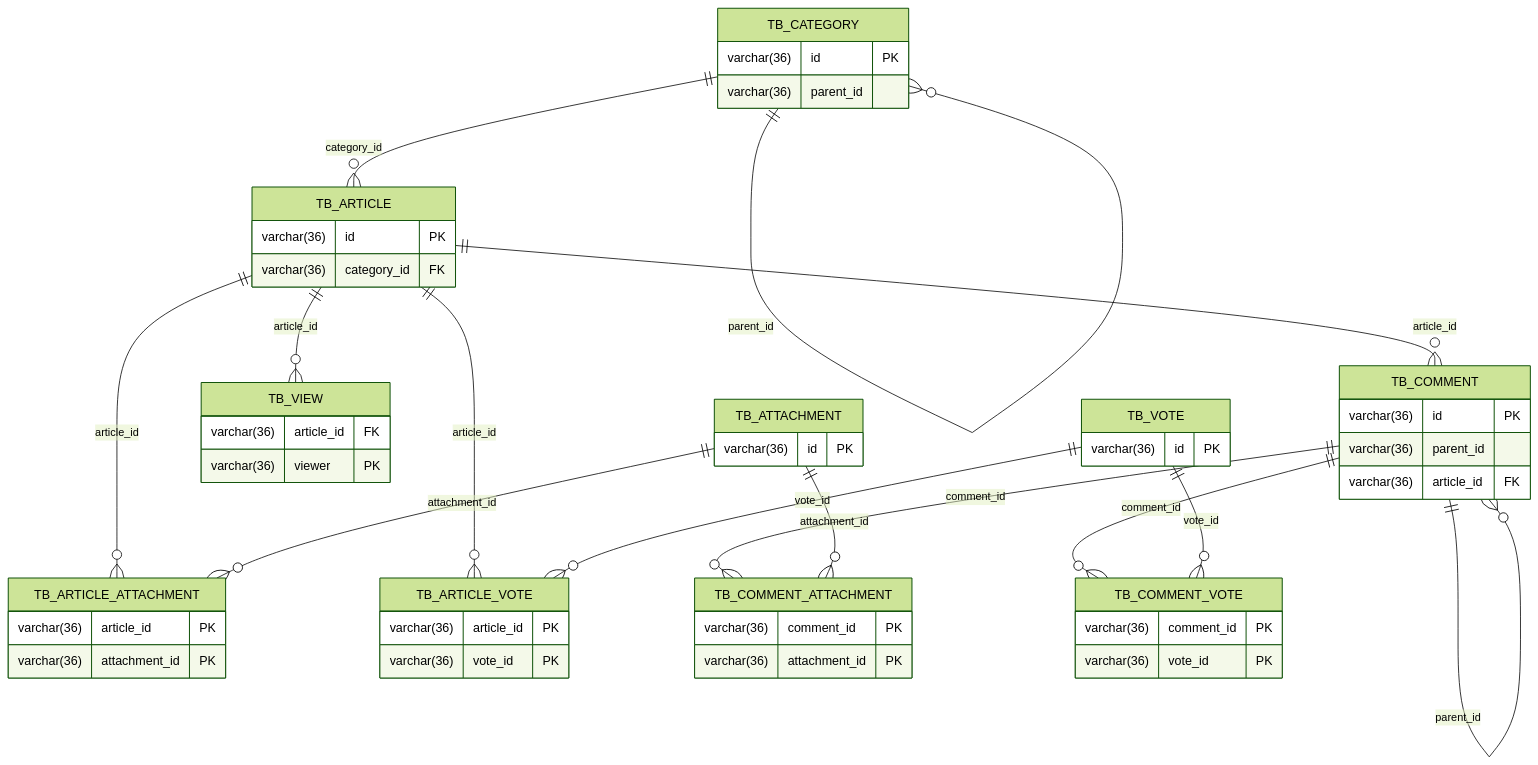
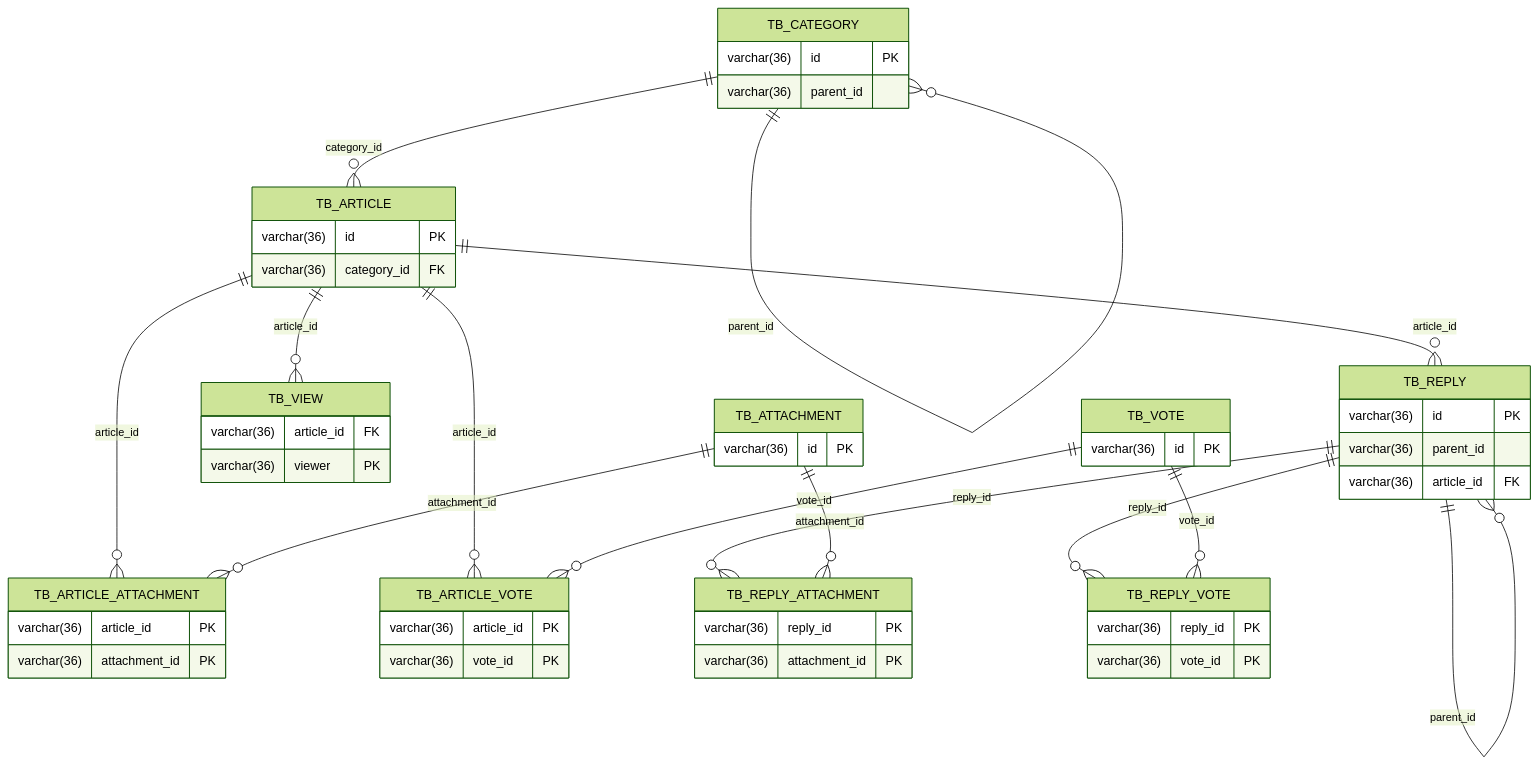
One commit to KalGookSoo/spring-boot-cms changed the diagram in docs/BOARD_SERVICE.md. Above: the diagram before and after it, drawn with Mermaid (forest theme). The commit also changed other lines of this file and 27 other files, not shown here.

Commit message:
feat: Rename '댓글' to '답글' Rename 'Comment' to 'Reply' Add Article list page

````diff
--- a/docs/BOARD_SERVICE.md
+++ b/docs/BOARD_SERVICE.md
@@ -3,76 +3,76 @@
 ```mermaid
 erDiagram
     TB_CATEGORY ||--o{ TB_CATEGORY : parent_id
     TB_CATEGORY ||--o{ TB_ARTICLE : category_id
     
-    TB_ARTICLE ||--o{ TB_COMMENT : article_id
+    TB_ARTICLE ||--o{ TB_REPLY : article_id
     TB_ARTICLE ||--o{ TB_VIEW : article_id
     TB_ARTICLE ||--o{ TB_ARTICLE_ATTACHMENT : article_id
     TB_ARTICLE ||--o{ TB_ARTICLE_VOTE : article_id
     
-    TB_COMMENT ||--o{ TB_COMMENT : parent_id
-    TB_COMMENT ||--o{ TB_COMMENT_ATTACHMENT : comment_id
-    TB_COMMENT ||--o{ TB_COMMENT_VOTE : comment_id
+    TB_REPLY ||--o{ TB_REPLY : parent_id
+    TB_REPLY ||--o{ TB_REPLY_ATTACHMENT : reply_id
+    TB_REPLY ||--o{ TB_REPLY_VOTE : reply_id
     
     TB_ATTACHMENT ||--o{ TB_ARTICLE_ATTACHMENT : attachment_id
-    TB_ATTACHMENT ||--o{ TB_COMMENT_ATTACHMENT : attachment_id
+    TB_ATTACHMENT ||--o{ TB_REPLY_ATTACHMENT : attachment_id
 
     TB_VOTE ||--o{ TB_ARTICLE_VOTE : vote_id
-    TB_VOTE ||--o{ TB_COMMENT_VOTE : vote_id
+    TB_VOTE ||--o{ TB_REPLY_VOTE : vote_id
         
     %% 카테고리
     TB_CATEGORY {
         varchar(36) id PK
         varchar(36) parent_id
     }
 
     %% 게시글
     TB_ARTICLE {
         varchar(36) id PK
         varchar(36) category_id FK
     }
 
     %% 댓글
-    TB_COMMENT {
+    TB_REPLY {
         varchar(36) id PK
         varchar(36) parent_id
         varchar(36) article_id FK
     }
 
     %% 조회
     TB_VIEW {
         varchar(36) article_id FK
         varchar(36) viewer PK
     }
 
     %% 투표
     TB_VOTE {
         varchar(36) id PK
     }
 
     TB_ARTICLE_VOTE {
         varchar(36) article_id PK
         varchar(36) vote_id PK
     }
         
-    TB_COMMENT_VOTE {
-        varchar(36) comment_id PK
+    TB_REPLY_VOTE {
+        varchar(36) reply_id PK
         varchar(36) vote_id PK
     }
     
     %% 첨부파일
     TB_ATTACHMENT {
         varchar(36) id PK
     }
     
     TB_ARTICLE_ATTACHMENT {
         varchar(36) article_id PK
         varchar(36) attachment_id PK
     }
 
-    TB_COMMENT_ATTACHMENT {
-        varchar(36) comment_id PK
+    TB_REPLY_ATTACHMENT {
+        varchar(36) reply_id PK
         varchar(36) attachment_id PK
     }
 
 ```
````
